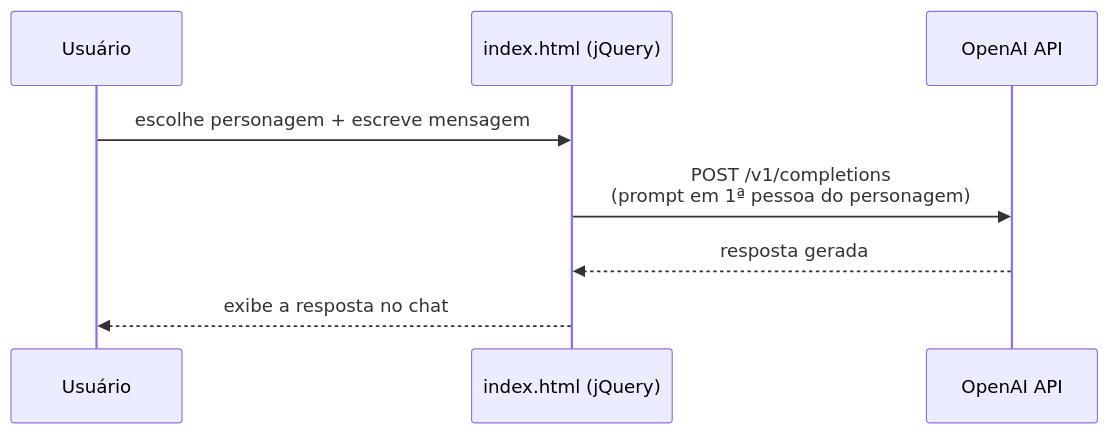
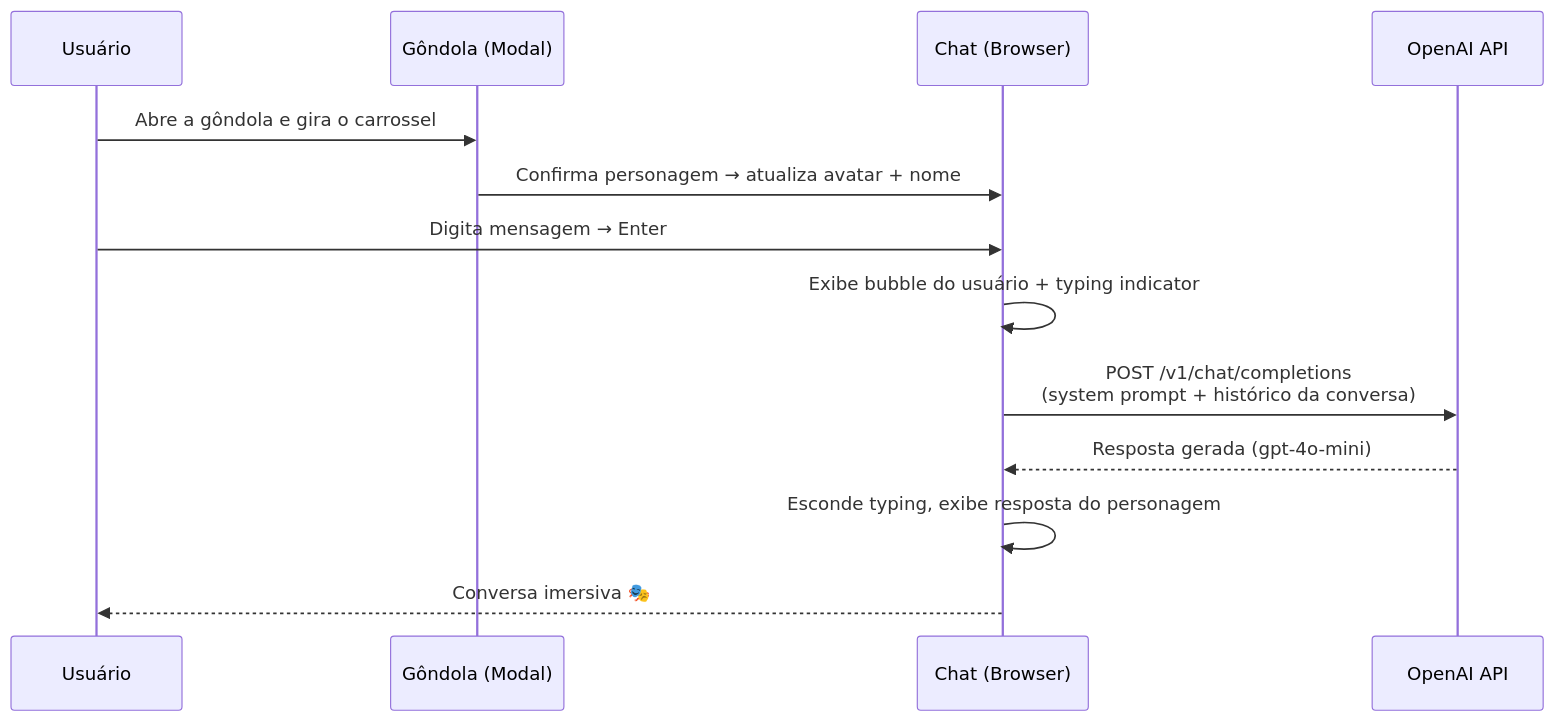
One commit to caioross/NostalgiaGPT changed the diagram in README.md. Above: the diagram before and after it, drawn with Mermaid. The commit also changed other lines of this file and 5 other files, not shown here.

````diff
--- a/README.md
+++ b/README.md
@@ -82,10 +166,16 @@
 ```mermaid
 sequenceDiagram
     participant U as Usuário
-    participant UI as index.html (jQuery)
+    participant G as Gôndola (Modal)
+    participant UI as Chat (Browser)
     participant AI as OpenAI API
-    U->>UI: escolhe personagem + escreve mensagem
-    UI->>AI: POST /v1/completions<br/>(prompt em 1ª pessoa do personagem)
-    AI-->>UI: resposta gerada
-    UI-->>U: exibe a resposta no chat
+
+    U->>G: Abre a gôndola e gira o carrossel
+    G->>UI: Confirma personagem → atualiza avatar + nome
+    U->>UI: Digita mensagem → Enter
+    UI->>UI: Exibe bubble do usuário + typing indicator
+    UI->>AI: POST /v1/chat/completions<br/>(system prompt + histórico da conversa)
+    AI-->>UI: Resposta gerada (gpt-4o-mini)
+    UI->>UI: Esconde typing, exibe resposta do personagem
+    UI-->>U: Conversa imersiva 🎭
 ```
````
